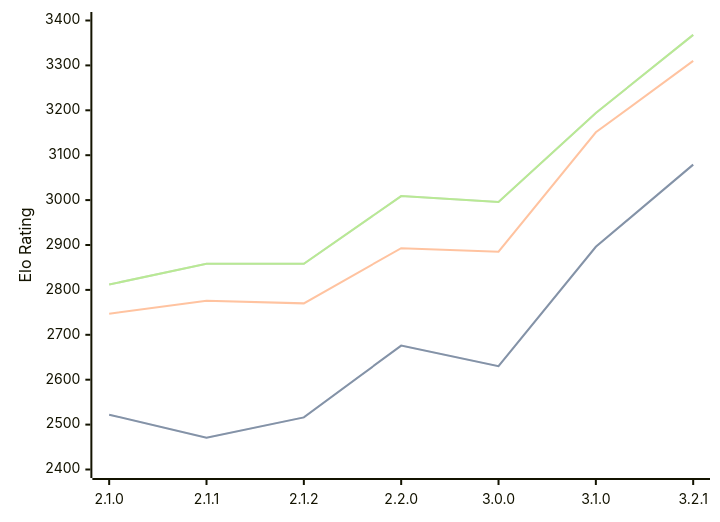
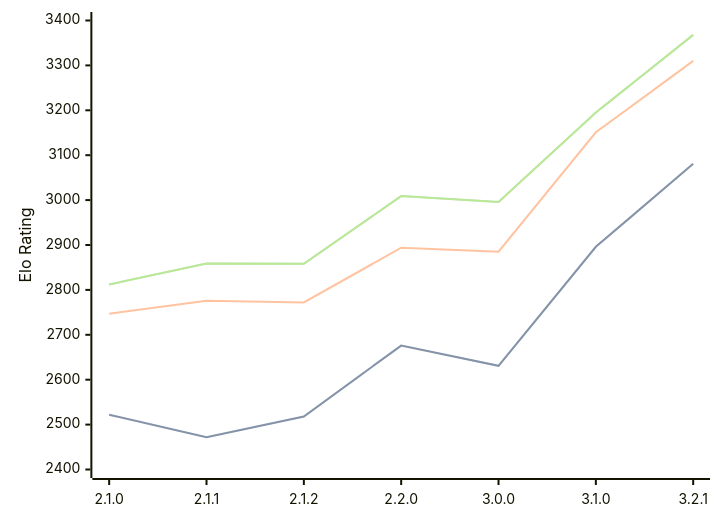
The diagram in engines/Prune.md (computer-chess-index/cci), drawn with Mermaid before and after one commit. The commit also changed other lines of this file, not shown here.

Commit message:
Update CCI Ratings (ELO VLTC) - 2026-05-21

````diff
--- a/engines/Prune.md
+++ b/engines/Prune.md
@@ -42,11 +42,11 @@
 ```mermaid
 %%{init: {"theme":"base","themeVariables":{"seriesColors:['#a3a3a3','#222221','#faa371']}}}%%
 xychart-beta
   x-axis ["2.1.0", "2.1.1", "2.1.2", "2.2.0", "3.0.0", "3.1.0", "3.2.1"]
   y-axis "Elo Rating" 2400 --> 3400
-  line "STC (8.0+0.08s)" [2522, 2471, 2516, 2676, 2630, 2896, 3079]
-  line "STC (8.0+0.08s)" [2522, 2471, 2516, 2676, 2630, 2896, 3079]
-  line "LTC (60.0+0.60s)" [2747, 2776, 2770, 2893, 2885, 3151, 3310]
-  line "VLTC (2m24s+1.12s)" [2812, 2858, 2858, 3009, 2996, 3194, 3368]
-  line "VLTC (2m24s+1.12s)" [2812, 2858, 2858, 3009, 2996, 3194, 3368]
+  line "STC (8.0+0.08s)" [2522, 2472, 2518, 2676, 2631, 2896, 3081]
+  line "STC (8.0+0.08s)" [2522, 2472, 2518, 2676, 2631, 2896, 3081]
+  line "LTC (60.0+0.60s)" [2747, 2776, 2772, 2894, 2885, 3151, 3310]
+  line "VLTC (2m24s+1.12s)" [2812, 2859, 2858, 3009, 2996, 3195, 3368]
+  line "VLTC (2m24s+1.12s)" [2812, 2859, 2858, 3009, 2996, 3195, 3368]
 ```
````
